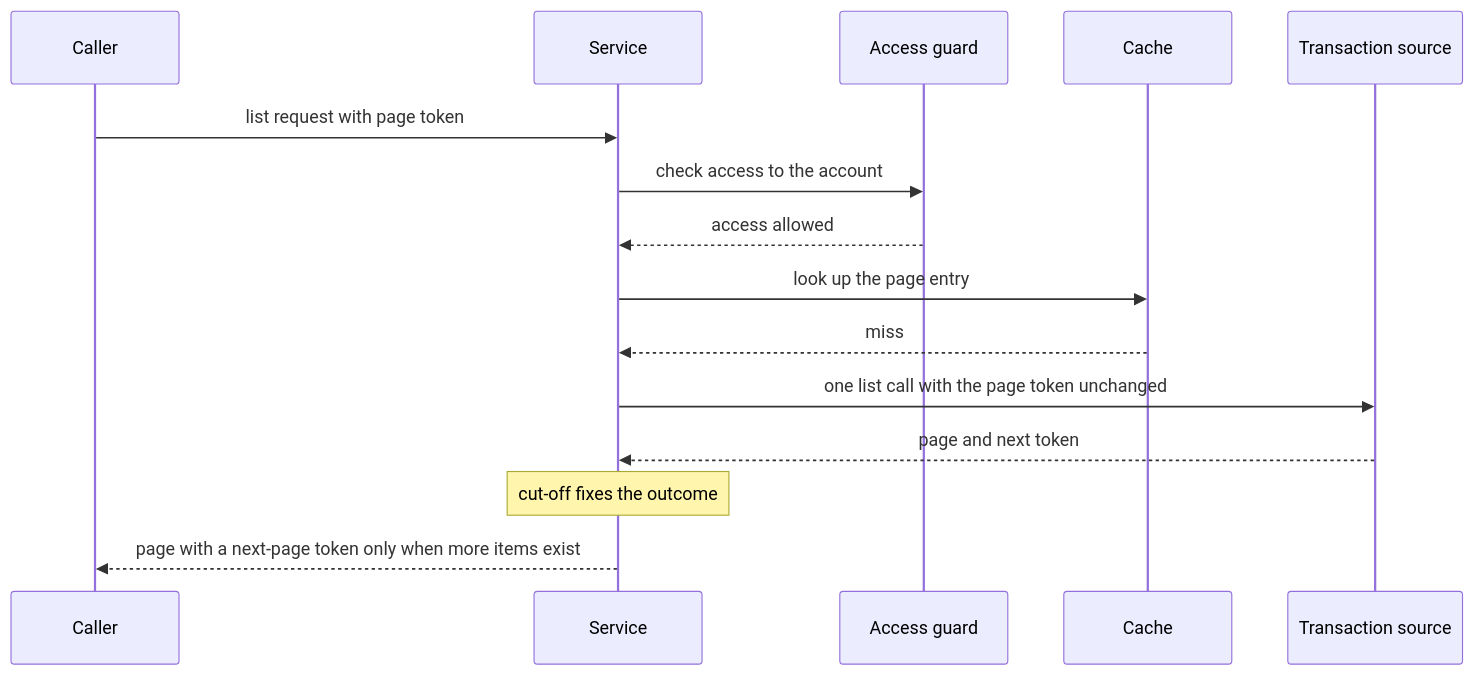
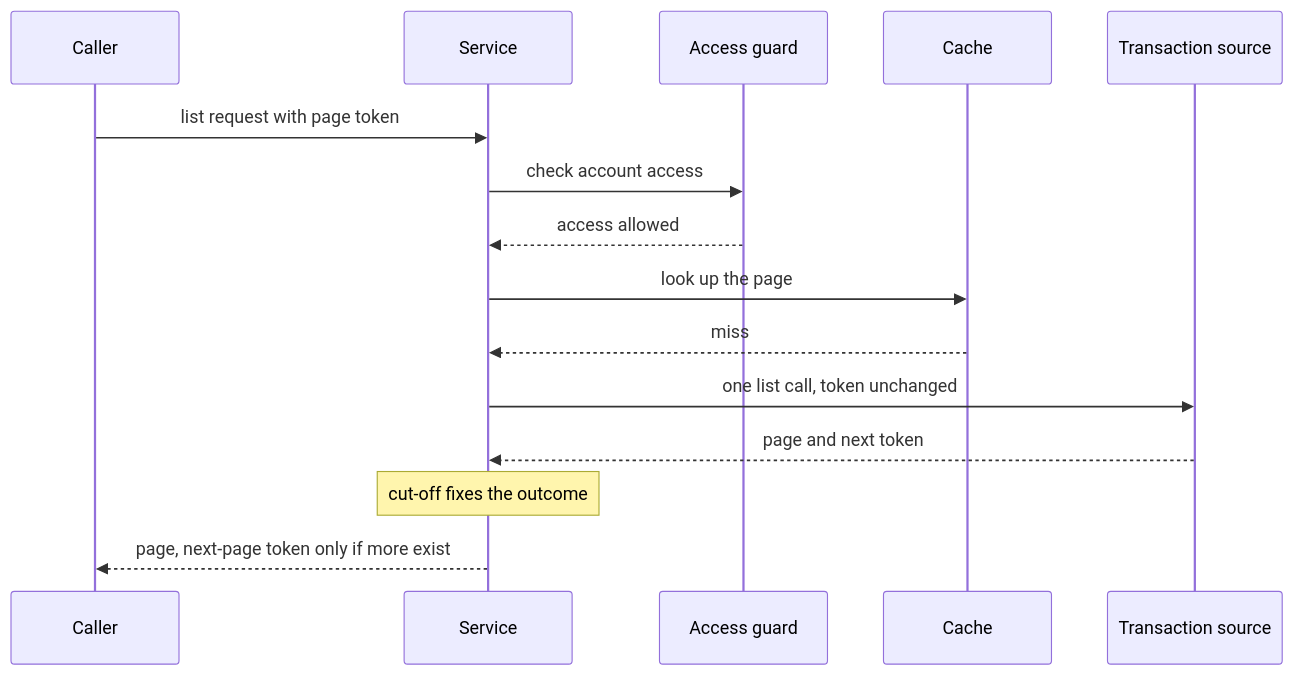
One commit to blitzy-public-samples/aws-carddemo-blitzy changed the diagram in docs/backlog/epics/CS-07-transaction-list-endpoint/stories/CS-07-002-transaction-list-retrieval-with-token-pass-through.md. Above: the diagram before and after it, drawn with Mermaid. The commit also changed other lines of this file and 31 other files, not shown here.

````diff
--- a/docs/backlog/epics/CS-07-transaction-list-endpoint/stories/CS-07-002-transaction-list-retrieval-with-token-pass-through.md
+++ b/docs/backlog/epics/CS-07-transaction-list-endpoint/stories/CS-07-002-transaction-list-retrieval-with-token-pass-through.md
@@ -148,17 +148,17 @@
 ```mermaid
 sequenceDiagram
-    participant C as Caller
-    participant S as Service
+    participant Caller
+    participant Service
     participant G as Access guard
-    participant K as Cache
+    participant Cache
     participant T as Transaction source
-    C->>S: list request with page token
-    S->>G: check access to the account
-    G-->>S: access allowed
-    S->>K: look up the page entry
-    K-->>S: miss
-    S->>T: one list call with the page token unchanged
-    T-->>S: page and next token
-    Note over S: cut-off fixes the outcome
-    S-->>C: page with a next-page token only when more items exist
+    Caller->>Service: list request with page token
+    Service->>G: check account access
+    G-->>Service: access allowed
+    Service->>Cache: look up the page
+    Cache-->>Service: miss
+    Service->>T: one list call, token unchanged
+    T-->>Service: page and next token
+    Note over Service: cut-off fixes the outcome
+    Service-->>Caller: page, next-page token only if more exist
 ```
````
